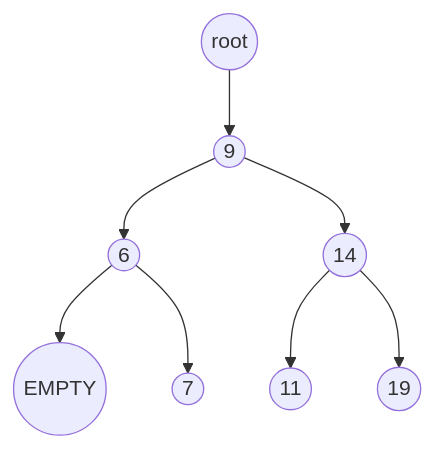
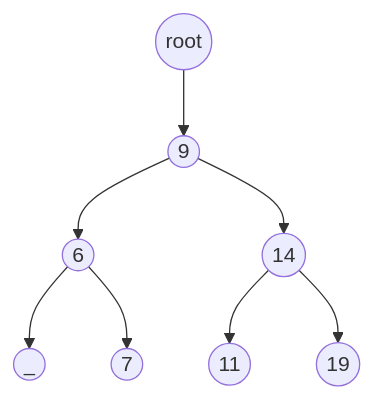
The second of 4 diagrams in lecture-notes/w07.md (jayshozie/ceng301), drawn with Mermaid before and after one commit. The commit also changed other lines of this file, not shown here.

````diff
--- a/lecture-notes/w07.md
+++ b/lecture-notes/w07.md
@@ -254,11 +254,11 @@
 ```mermaid
 graph TD
 
 A((root)) --> B((9))
 B((9)) --> C((6))
-C --> Z((EMPTY))
+C --> Z((_))
 C --> E((7))
 B((9)) --> D((14))
 D --> F((11))
 D --> G((19))
 ```
````
